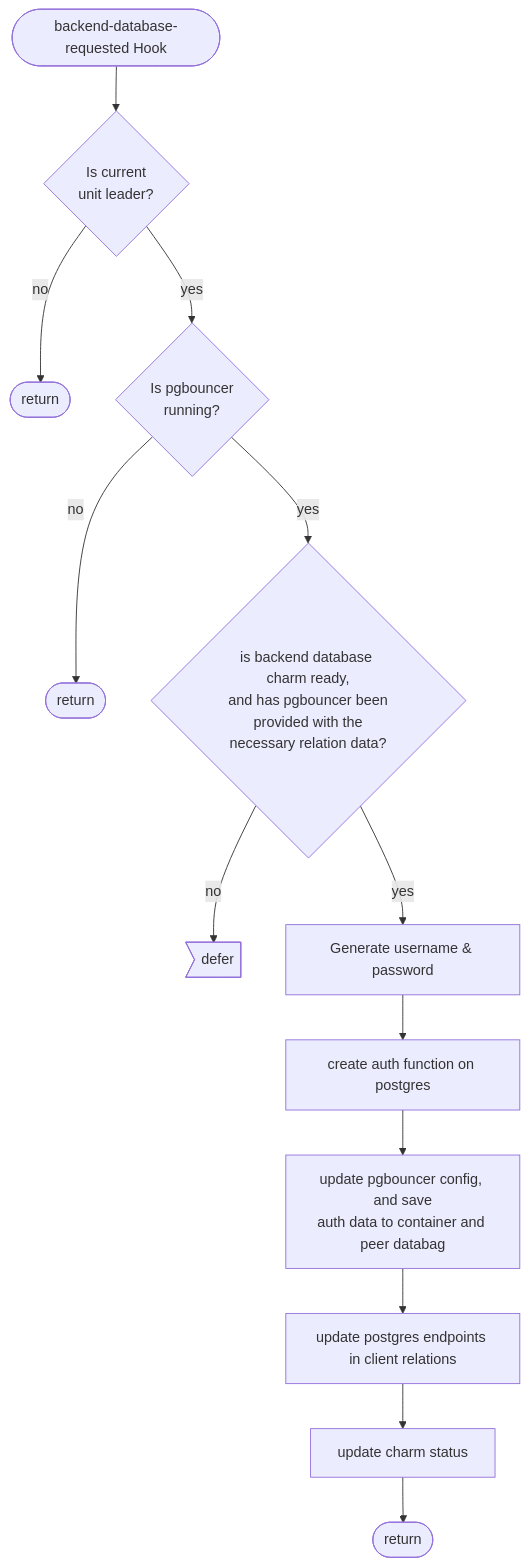
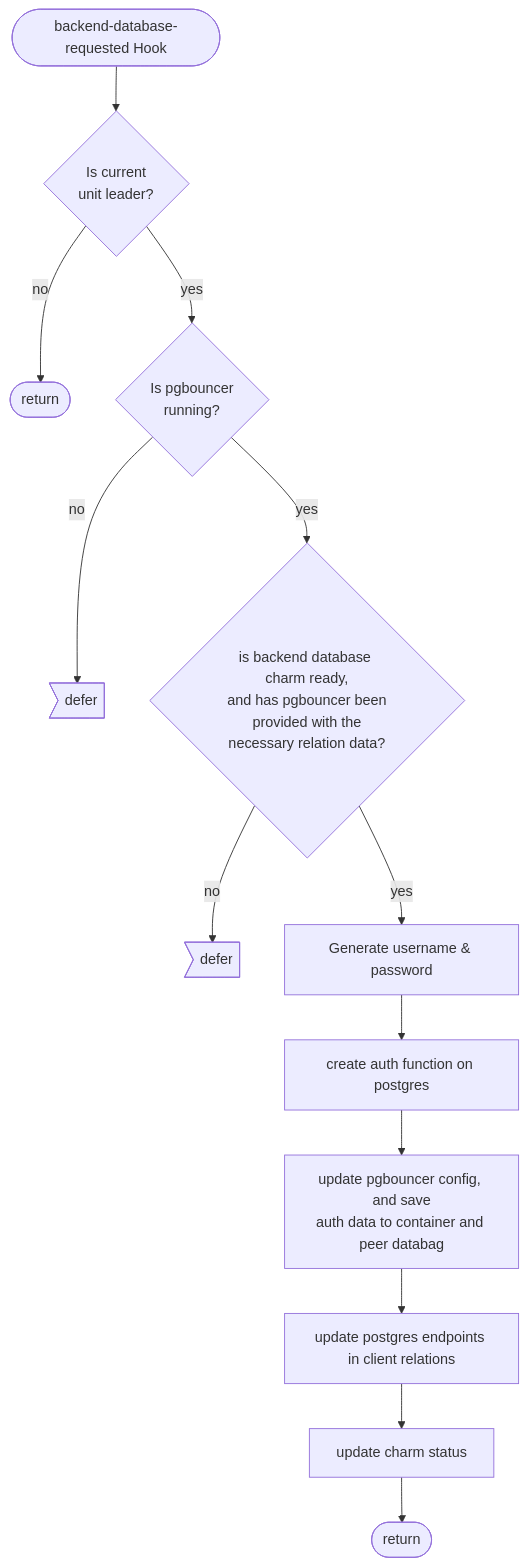
Before and after one commit to canonical/pgbouncer-k8s-operator: the first of 3 diagrams in documentation/reference/relations/backend_database.md, drawn with Mermaid. The commit also changed other lines of this file and 2 other files, not shown here.

Commit message:
updated flowcharts

````diff
--- a/documentation/reference/relations/backend_database.md
+++ b/documentation/reference/relations/backend_database.md
@@ -27,15 +27,15 @@
 ```mermaid
 flowchart TD
   hook_fired([backend-database-requested Hook]) --> is_leader{Is current\nunit leader?}
   is_leader -- no --> rtn([return])
   is_leader -- yes --> is_running{Is pgbouncer\nrunning?}
-  is_running -- no --> rtn3([return])
+  is_running -- no --> defer2>defer]
   is_running -- yes --> is_backend_ready{is backend database charm ready,\nand has pgbouncer been\nprovided with the\nnecessary relation data?}
   is_backend_ready -- no --> defer>defer]
   is_backend_ready -- yes --> generate_user[Generate username & password]
   generate_user --> create_auth_func[create auth function on postgres]
   create_auth_func --> save_auth_data[update pgbouncer config, and save\nauth data to container and peer databag]
   save_auth_data --> update_relations[update postgres endpoints in client relations]
   update_relations --> update_status[update charm status]
   update_status --> rtn2([return])
 ```
````
